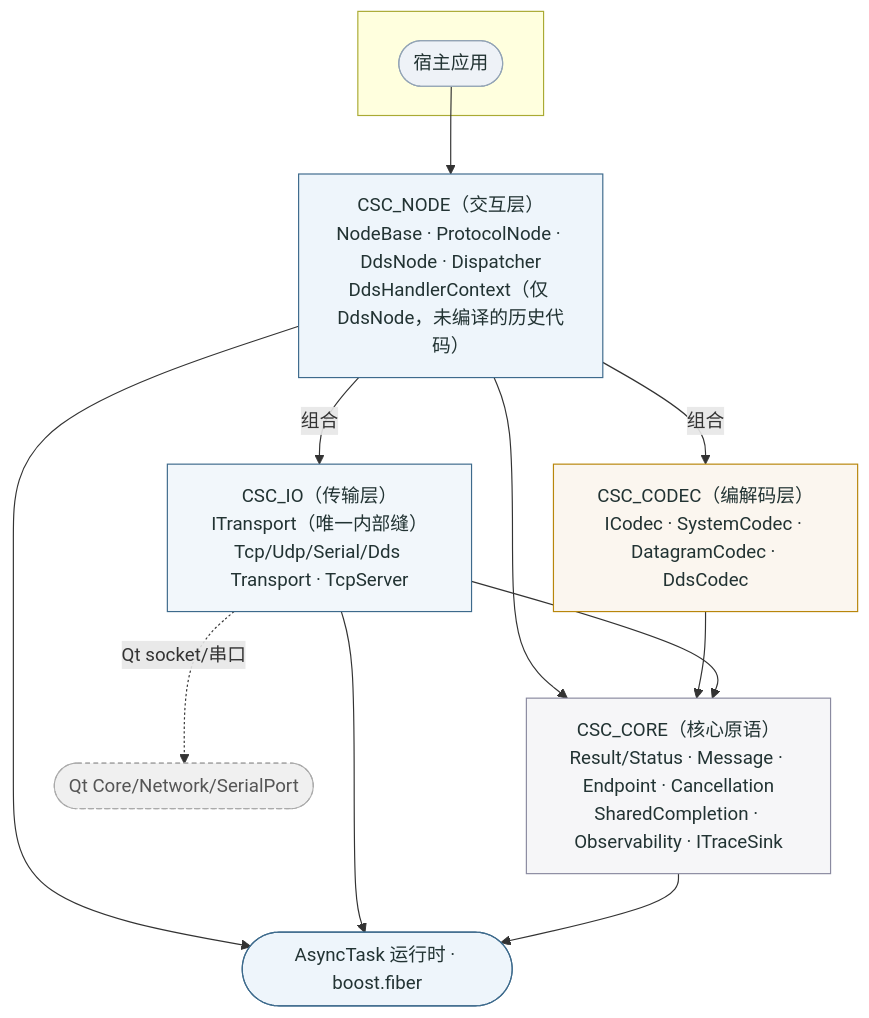
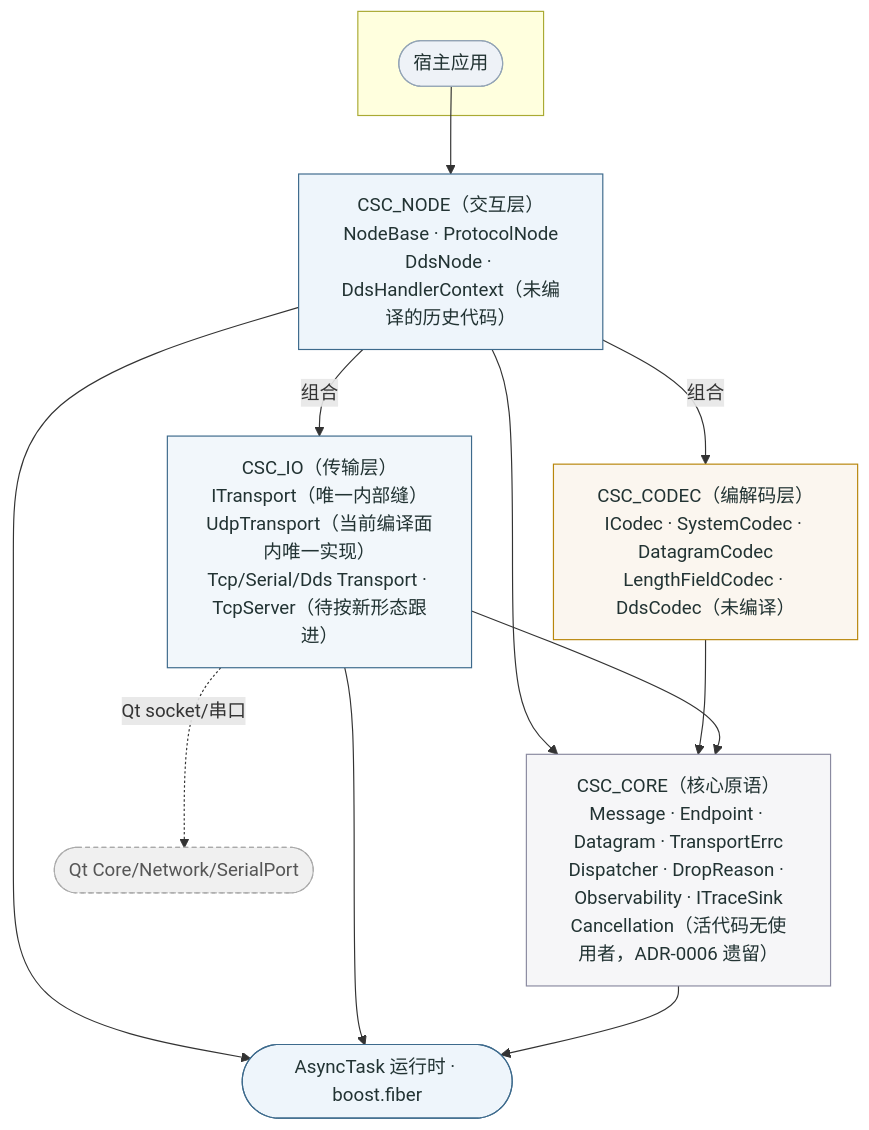
Before and after one commit to Ste7an-cs/Transport: the diagram in docs/diagrams/sdd-csc-layers.mmd, drawn with Mermaid. The commit also changed 6 other files, not shown here.

First line of the commit message:
docs(sdd): 重画图 4-1/4-3/4-5,清除已删除构件并补齐编译面标注

```diff
--- a/docs/diagrams/sdd-csc-layers.mmd
+++ b/docs/diagrams/sdd-csc-layers.mmd
@@ -1,33 +1,33 @@
 flowchart TB
     subgraph HOST[" "]
       APP([宿主应用])
     end
-    NODE["CSC_NODE（交互层）<br/>NodeBase · ProtocolNode · DdsNode · Dispatcher<br/>DdsHandlerContext（仅 DdsNode，未编译的历史代码）"]
-    CODEC["CSC_CODEC（编解码层）<br/>ICodec · SystemCodec · DatagramCodec · DdsCodec"]
-    IO["CSC_IO（传输层）<br/>ITransport（唯一内部缝）<br/>Tcp/Udp/Serial/Dds Transport · TcpServer"]
-    CORE["CSC_CORE（核心原语）<br/>Result/Status · Message · Endpoint · Cancellation<br/>SharedCompletion · Observability · ITraceSink"]
+    NODE["CSC_NODE（交互层）<br/>NodeBase · ProtocolNode<br/>DdsNode · DdsHandlerContext（未编译的历史代码）"]
+    CODEC["CSC_CODEC（编解码层）<br/>ICodec · SystemCodec · DatagramCodec<br/>LengthFieldCodec · DdsCodec（未编译）"]
+    IO["CSC_IO（传输层）<br/>ITransport（唯一内部缝）<br/>UdpTransport（当前编译面内唯一实现）<br/>Tcp/Serial/Dds Transport · TcpServer（待按新形态跟进）"]
+    CORE["CSC_CORE（核心原语）<br/>Message · Endpoint · Datagram · TransportErrc<br/>Dispatcher · DropReason · Observability · ITraceSink<br/>Cancellation（活代码无使用者，ADR-0006 遗留）"]
     RT([AsyncTask 运行时 · boost.fiber])
     QT([Qt Core/Network/SerialPort]):::opt
 
     APP --> NODE
     NODE -->|组合| CODEC
     NODE -->|组合| IO
     NODE --> CORE
     CODEC --> CORE
     IO --> CORE
     IO -.Qt socket/串口.-> QT
     NODE --> RT
     IO --> RT
     CORE --> RT
 
     classDef host fill:#eef2f7,stroke:#93a4b5,color:#233;
     classDef node fill:#eef5fb,stroke:#3d6a8c,color:#233;
     classDef codec fill:#fbf6ef,stroke:#b8860b,color:#233;
     classDef io fill:#f2f7fb,stroke:#3d6a8c,color:#233;
     classDef core fill:#f6f6f8,stroke:#8a8aa0,color:#233;
     classDef opt fill:#f0f0f0,stroke:#aaa,color:#555,stroke-dasharray:4 3;
     class APP host;
     class NODE node;
     class CODEC codec;
     class IO io;
     class CORE core;
```
